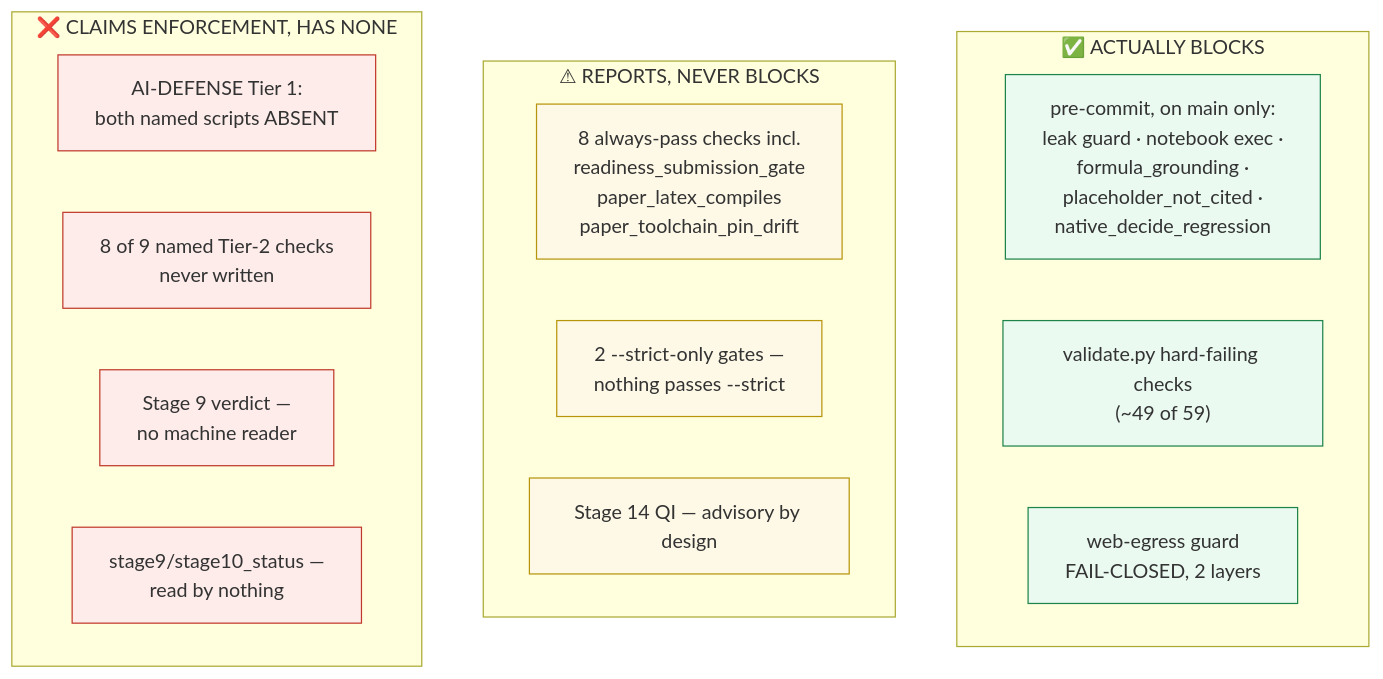
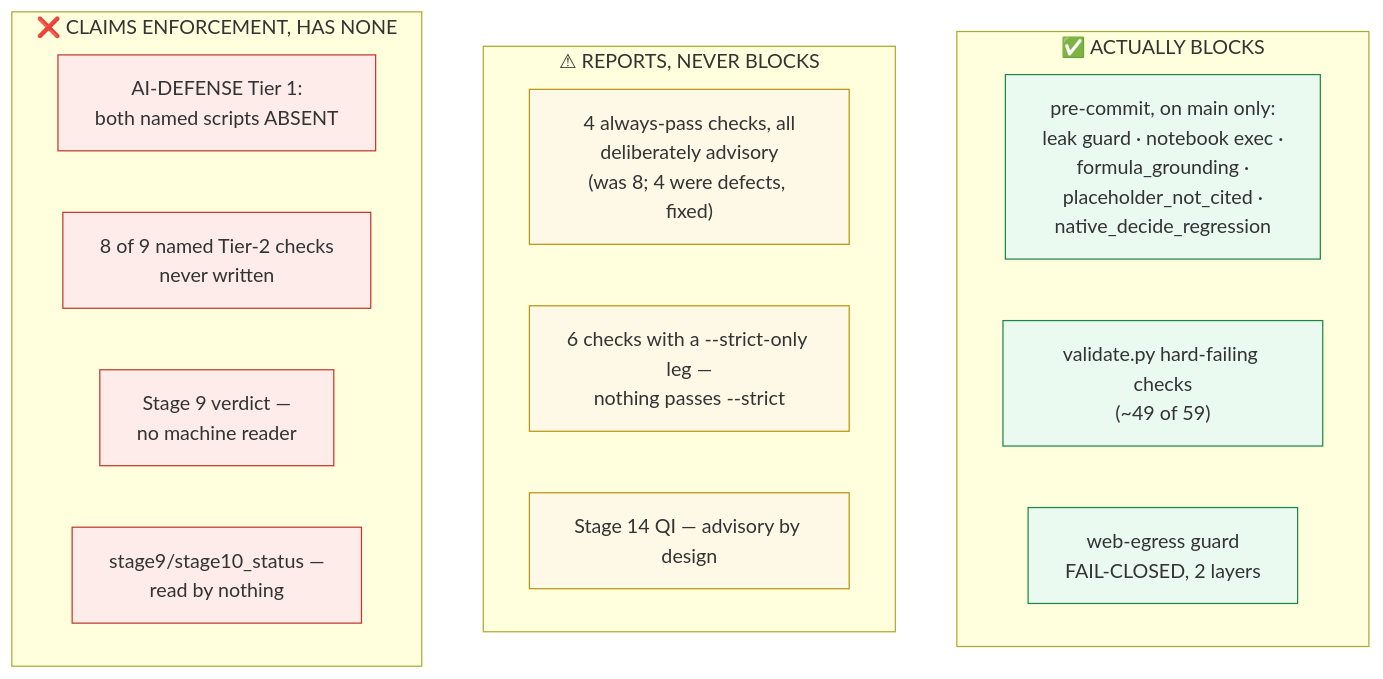
Before and after one commit to NetRxn/SK_EFT_Hawking: the third of 3 diagrams in docs/architecture/QA_QI_INFRASTRUCTURE_MAP.md, drawn with Mermaid. The commit also changed other lines of this file and 3 other files, not shown here.

````diff
--- a/docs/architecture/QA_QI_INFRASTRUCTURE_MAP.md
+++ b/docs/architecture/QA_QI_INFRASTRUCTURE_MAP.md
@@ -249,25 +249,25 @@
 ```mermaid
 flowchart TB
     subgraph BLOCKS["✅ ACTUALLY BLOCKS"]
         PC["pre-commit, on main only:<br/>leak guard · notebook exec ·<br/>formula_grounding ·<br/>placeholder_not_cited ·<br/>native_decide_regression"]
         HARD["validate.py hard-failing checks<br/>(~49 of 59)"]
         EG["web-egress guard<br/>FAIL-CLOSED, 2 layers"]
     end
     subgraph SOFT["⚠ REPORTS, NEVER BLOCKS"]
-        AP["8 always-pass checks incl.<br/>readiness_submission_gate<br/>paper_latex_compiles<br/>paper_toolchain_pin_drift"]
-        ST["2 --strict-only gates —<br/>nothing passes --strict"]
+        AP["4 always-pass checks, all<br/>deliberately advisory<br/>(was 8; 4 were defects, fixed)"]
+        ST["6 checks with a --strict-only leg —<br/>nothing passes --strict"]
         S14["Stage 14 QI — advisory by design"]
     end
     subgraph NONE["❌ CLAIMS ENFORCEMENT, HAS NONE"]
         T1["AI-DEFENSE Tier 1:<br/>both named scripts ABSENT"]
         T2["8 of 9 named Tier-2 checks<br/>never written"]
         S9["Stage 9 verdict —<br/>no machine reader"]
         SS["stage9/stage10_status —<br/>read by nothing"]
     end
     classDef ok fill:#eafaf1,stroke:#1e8449
     classDef warn fill:#fef9e7,stroke:#b7950b
     classDef bad fill:#fdecea,stroke:#c0392b
     class PC,HARD,EG ok
     class AP,ST,S14 warn
     class T1,T2,S9,SS bad
 ```
````
